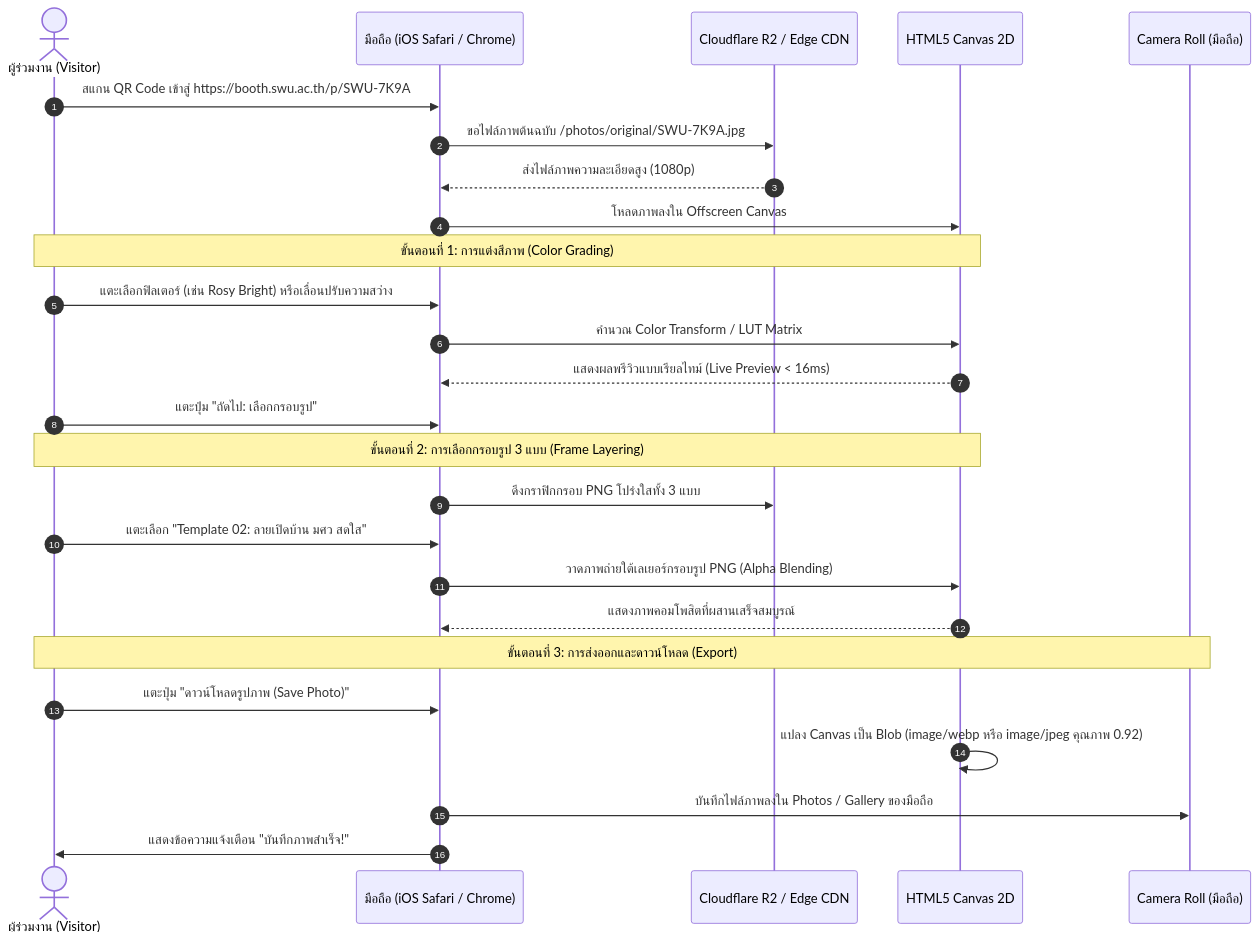
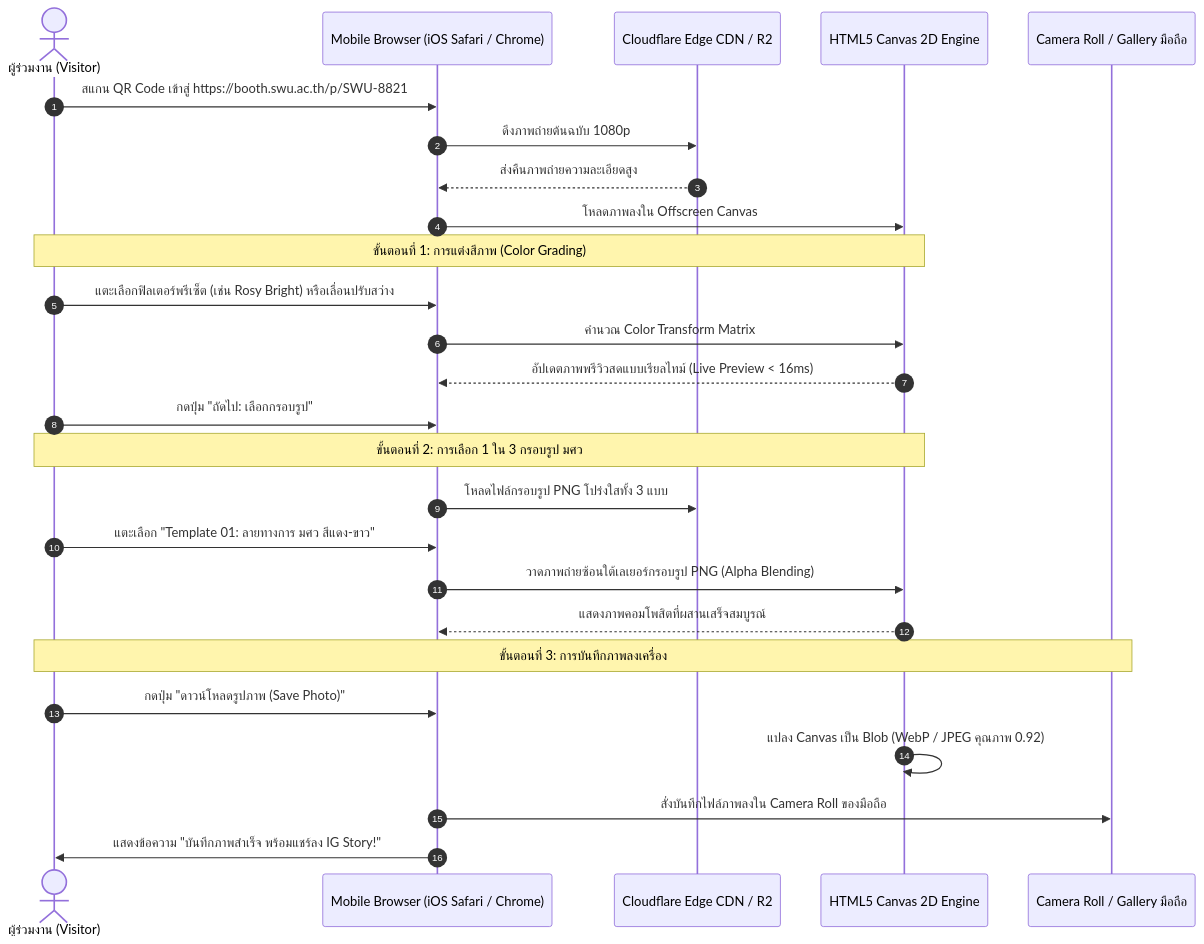
One commit to icelandz9/swu-openhouse changed the tenth of 12 diagrams in ducument-sathit/task01/system-architecture-and-sequence-flow.md. Above: the diagram before and after it, drawn with Mermaid. The commit also changed other lines of this file and 1 other file, not shown here.

Commit message:
docs: finalize pure Photo Booth System Architecture and Sequence Flows based on grill-me locks

````diff
--- a/ducument-sathit/task01/system-architecture-and-sequence-flow.md
+++ b/ducument-sathit/task01/system-architecture-and-sequence-flow.md
@@ -376,33 +351,32 @@
 ```mermaid
 sequenceDiagram
     autonumber
     actor Visitor as ผู้ร่วมงาน (Visitor)
-    participant MobileBrowser as มือถือ (iOS Safari / Chrome)
-    participant CDN as Cloudflare R2 / Edge CDN
-    participant Canvas as HTML5 Canvas 2D
-    participant DeviceStorage as Camera Roll (มือถือ)
+    participant Browser as Mobile Browser (iOS Safari / Chrome)
+    participant CDN as Cloudflare Edge CDN / R2
+    participant Canvas as HTML5 Canvas 2D Engine
+    participant Gallery as Camera Roll / Gallery มือถือ
 
-    Visitor->>MobileBrowser: สแกน QR Code เข้าสู่ https://booth.swu.ac.th/p/SWU-7K9A
-    MobileBrowser->>CDN: ขอไฟล์ภาพต้นฉบับ /photos/original/SWU-7K9A.jpg
-    CDN-->>MobileBrowser: ส่งไฟล์ภาพความละเอียดสูง (1080p)
-    MobileBrowser->>Canvas: โหลดภาพลงใน Offscreen Canvas
+    Visitor->>Browser: สแกน QR Code เข้าสู่ https://booth.swu.ac.th/p/SWU-8821
+    Browser->>CDN: ดึงภาพถ่ายต้นฉบับ 1080p
+    CDN-->>Browser: ส่งคืนภาพถ่ายความละเอียดสูง
+    Browser->>Canvas: โหลดภาพลงใน Offscreen Canvas
 
     Note over Visitor,Canvas: ขั้นตอนที่ 1: การแต่งสีภาพ (Color Grading)
-    Visitor->>MobileBrowser: แตะเลือกฟิลเตอร์ (เช่น Rosy Bright) หรือเลื่อนปรับความสว่าง
-    MobileBrowser->>Canvas: คำนวณ Color Transform / LUT Matrix
-    Canvas-->>MobileBrowser: แสดงผลพรีวิวแบบเรียลไทม์ (Live Preview < 16ms)
+    Visitor->>Browser: แตะเลือกฟิลเตอร์พรีเซ็ต (เช่น Rosy Bright) หรือเลื่อนปรับสว่าง
+    Browser->>Canvas: คำนวณ Color Transform Matrix
+    Canvas-->>Browser: อัปเดตภาพพรีวิวสดแบบเรียลไทม์ (Live Preview < 16ms)
+    Visitor->>Browser: กดปุ่ม "ถัดไป: เลือกกรอบรูป"
 
-    Visitor->>MobileBrowser: แตะปุ่ม "ถัดไป: เลือกกรอบรูป"
+    Note over Visitor,Canvas: ขั้นตอนที่ 2: การเลือก 1 ใน 3 กรอบรูป มศว
+    Browser->>CDN: โหลดไฟล์กรอบรูป PNG โปร่งใสทั้ง 3 แบบ
+    Visitor->>Browser: แตะเลือก "Template 01: ลายทางการ มศว สีแดง-ขาว"
+    Browser->>Canvas: วาดภาพถ่ายซ้อนใต้เลเยอร์กรอบรูป PNG (Alpha Blending)
+    Canvas-->>Browser: แสดงภาพคอมโพสิตที่ผสานเสร็จสมบูรณ์
 
-    Note over Visitor,Canvas: ขั้นตอนที่ 2: การเลือกกรอบรูป 3 แบบ (Frame Layering)
-    MobileBrowser->>CDN: ดึงกราฟิกกรอบ PNG โปร่งใสทั้ง 3 แบบ
-    Visitor->>MobileBrowser: แตะเลือก "Template 02: ลายเปิดบ้าน มศว สดใส"
-    MobileBrowser->>Canvas: วาดภาพถ่ายใต้เลเยอร์กรอบรูป PNG (Alpha Blending)
-    Canvas-->>MobileBrowser: แสดงภาพคอมโพสิตที่ผสานเสร็จสมบูรณ์
-
-    Note over Visitor,DeviceStorage: ขั้นตอนที่ 3: การส่งออกและดาวน์โหลด (Export)
-    Visitor->>MobileBrowser: แตะปุ่ม "ดาวน์โหลดรูปภาพ (Save Photo)"
-    Canvas->>Canvas: แปลง Canvas เป็น Blob (image/webp หรือ image/jpeg คุณภาพ 0.92)
-    MobileBrowser->>DeviceStorage: บันทึกไฟล์ภาพลงใน Photos / Gallery ของมือถือ
-    MobileBrowser->>Visitor: แสดงข้อความแจ้งเตือน "บันทึกภาพสำเร็จ!"
+    Note over Visitor,Gallery: ขั้นตอนที่ 3: การบันทึกภาพลงเครื่อง
+    Visitor->>Browser: กดปุ่ม "ดาวน์โหลดรูปภาพ (Save Photo)"
+    Canvas->>Canvas: แปลง Canvas เป็น Blob (WebP / JPEG คุณภาพ 0.92)
+    Browser->>Gallery: สั่งบันทึกไฟล์ภาพลงใน Camera Roll ของมือถือ
+    Browser->>Visitor: แสดงข้อความ "บันทึกภาพสำเร็จ พร้อมแชร์ลง IG Story!"
 ```
````
